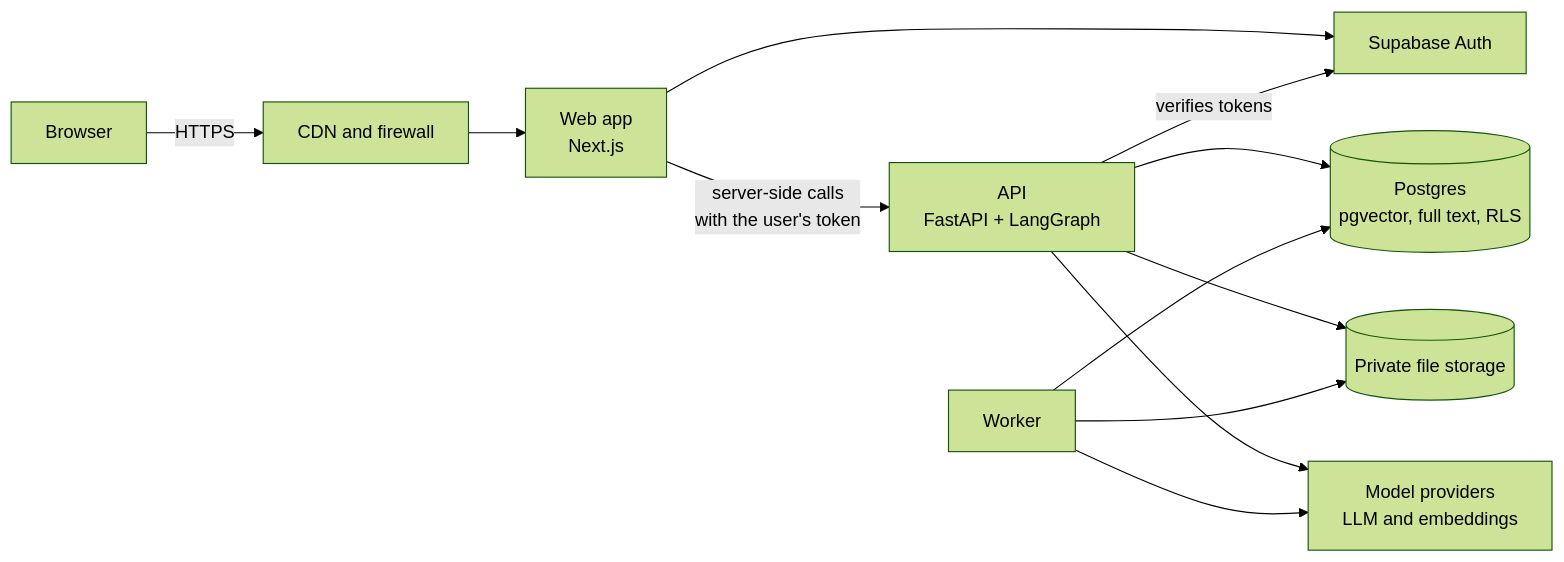
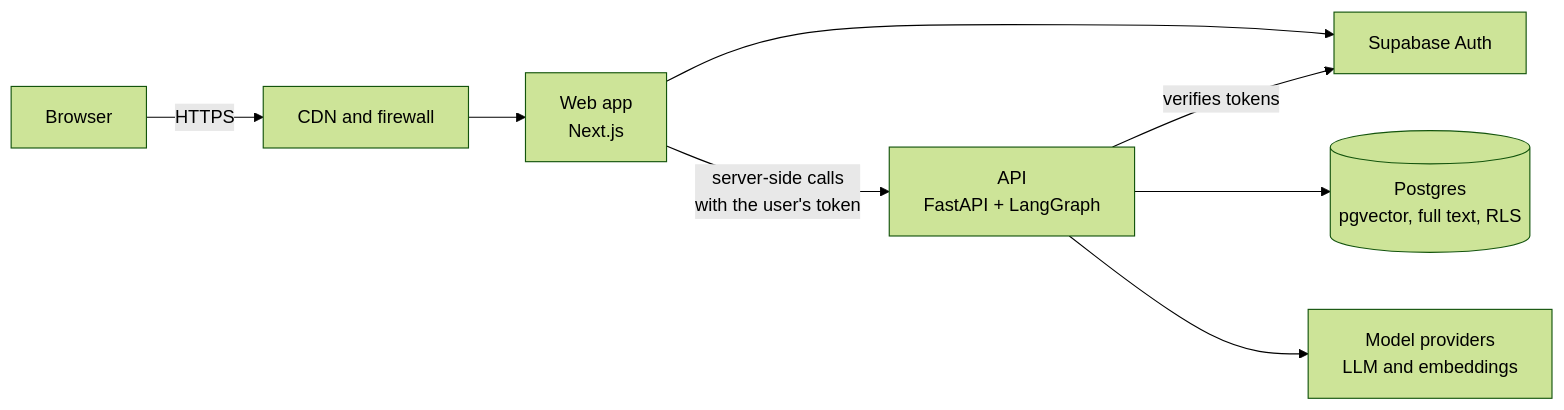
One commit to Aisha-Aliyu/whence changed the first of 2 diagrams in docs/architecture.md. Above: the diagram before and after it, drawn with Mermaid (forest theme). The commit also changed other lines of this file and 16 other files, not shown here.

````diff
--- a/docs/architecture.md
+++ b/docs/architecture.md
@@ -11,14 +11,10 @@
 ```mermaid
 flowchart LR
     browser["Browser"] -->|HTTPS| cdn["CDN and firewall"]
     cdn --> web["Web app<br/>Next.js"]
     web -->|"server-side calls<br/>with the user's token"| api["API<br/>FastAPI + LangGraph"]
     web --> auth["Supabase Auth"]
     api -->|"verifies tokens"| auth
     api --> db[("Postgres<br/>pgvector, full text, RLS")]
-    api --> store[("Private file storage")]
     api --> models["Model providers<br/>LLM and embeddings"]
-    worker["Worker"] --> db
-    worker --> store
-    worker --> models
 ```
````
